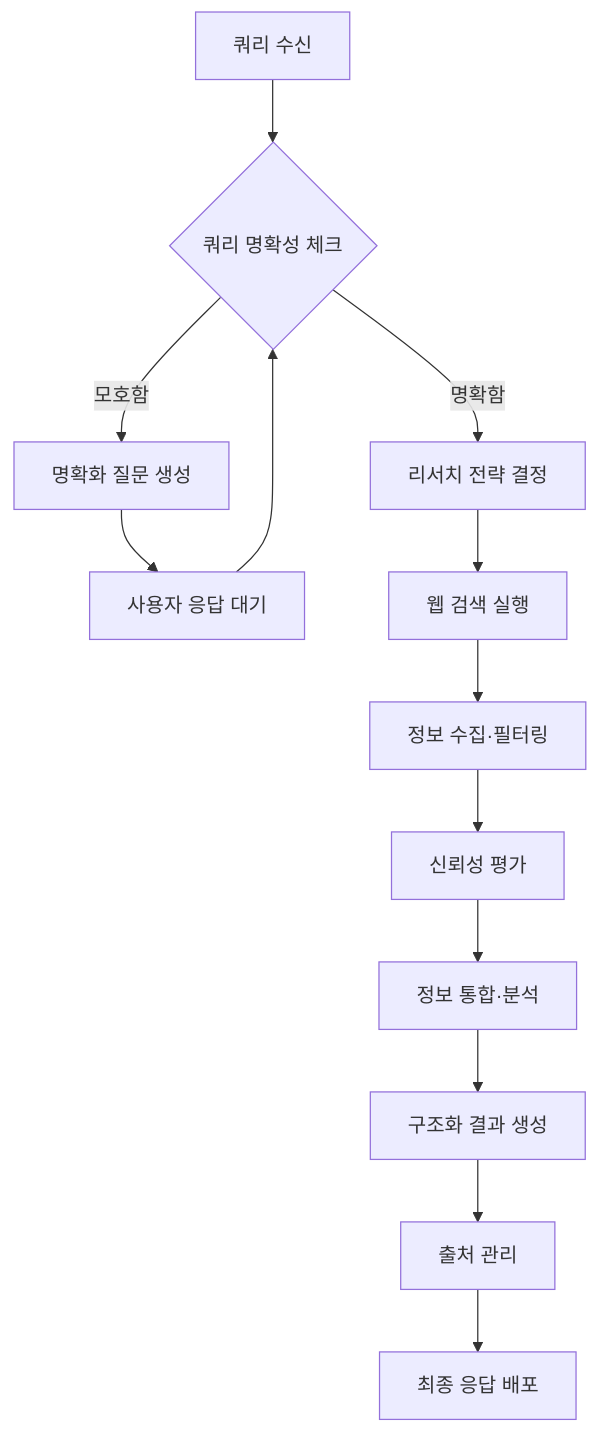
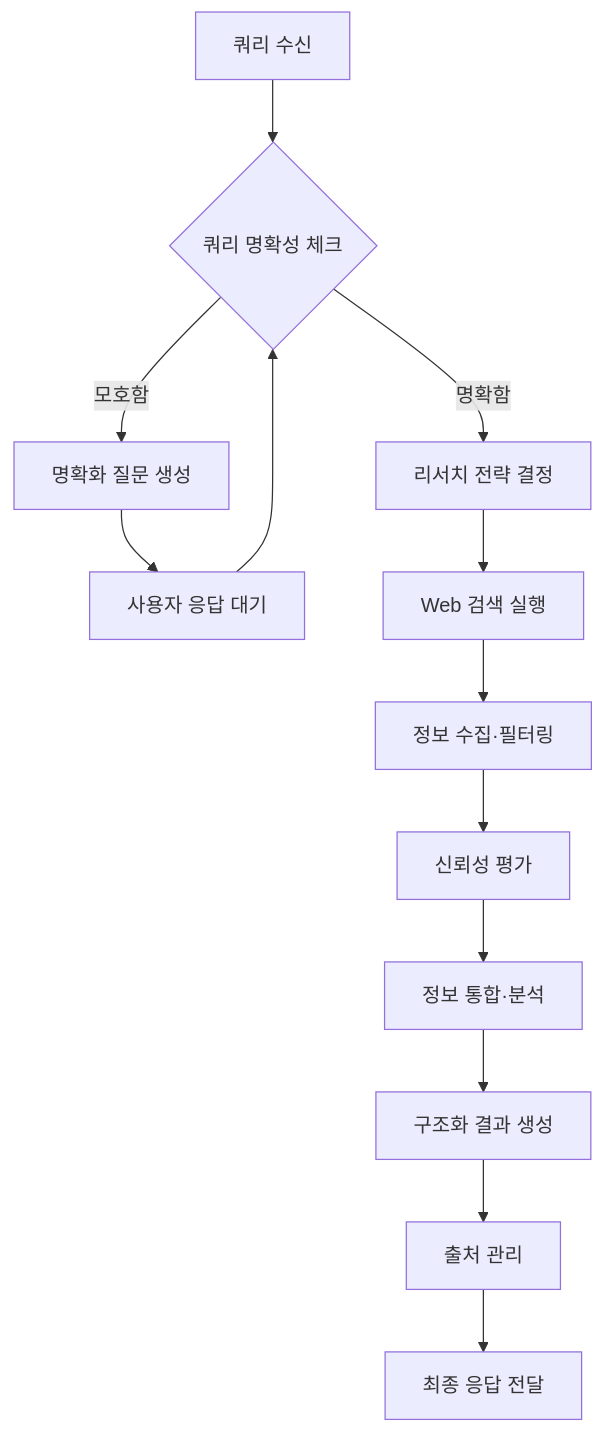
The third of 5 diagrams in .kiro/specs/vercel-ai-chatui-research-agent-ko/design.md (gaebalai/k-sdd), drawn with Mermaid before and after one commit. The commit also changed other lines of this file and 409 other files, not shown here.

````diff
--- a/.kiro/specs/vercel-ai-chatui-research-agent-ko/design.md
+++ b/.kiro/specs/vercel-ai-chatui-research-agent-ko/design.md
@@ -117,15 +117,15 @@
 ```mermaid
 flowchart TD
     A[쿼리 수신] --> B{쿼리 명확성 체크}
     B -->|모호함| C[명확화 질문 생성]
     C --> D[사용자 응답 대기]
     D --> B
     B -->|명확함| E[리서치 전략 결정]
-    E --> F[웹 검색 실행]
+    E --> F[Web 검색 실행]
     F --> G[정보 수집·필터링]
     G --> H[신뢰성 평가]
     H --> I[정보 통합·분석]
     I --> J[구조화 결과 생성]
     J --> K[출처 관리]
-    K --> L[최종 응답 배포]
+    K --> L[최종 응답 전달]
 ```
````
